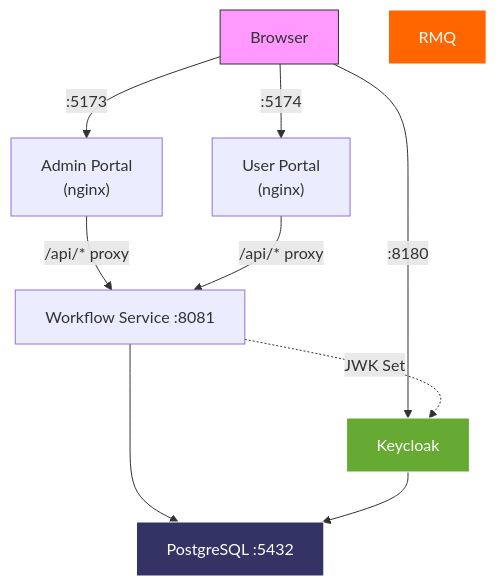
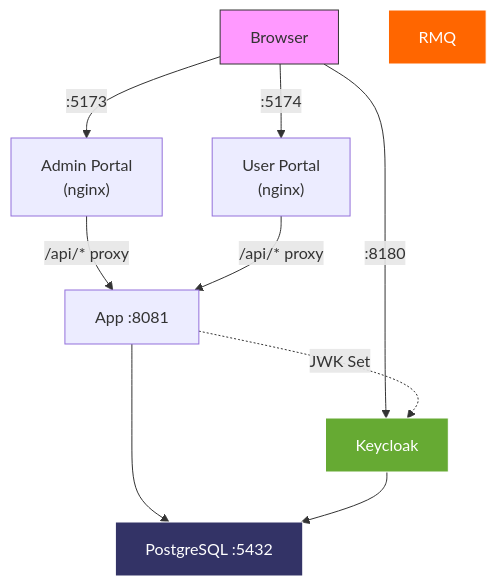
The fourth of 6 diagrams in docs/architecture/c4-deployment.md (mszalus/workflow-platform), drawn with Mermaid before and after one commit. The commit also changed other lines of this file and 190 other files, not shown here.

First line of the commit message:
feat(app): rename workflow-service to app and fold the shared libraries

````diff
--- a/docs/architecture/c4-deployment.md
+++ b/docs/architecture/c4-deployment.md
@@ -62,23 +62,23 @@
 ```mermaid
 flowchart TD
     Browser["Browser"]
 
     Browser -->|":5173"| AP["Admin Portal<br/>(nginx)"]
     Browser -->|":5174"| UP["User Portal<br/>(nginx)"]
     Browser -->|":8180"| KC["Keycloak"]
 
-    AP -->|"/api/* proxy"| WF["Workflow Service :8081"]
+    AP -->|"/api/* proxy"| WF["App :8081"]
     UP -->|"/api/* proxy"| WF
 
 
     WF -.->|"JWK Set"| KC
 
     WF --> PG["PostgreSQL :5432"]
     KC --> PG
 
 
     style Browser fill:#f9f,stroke:#333
     style PG fill:#336,stroke:#fff,color:#fff
     style RMQ fill:#f60,stroke:#fff,color:#fff
     style KC fill:#6a3,stroke:#fff,color:#fff
 ```
````
